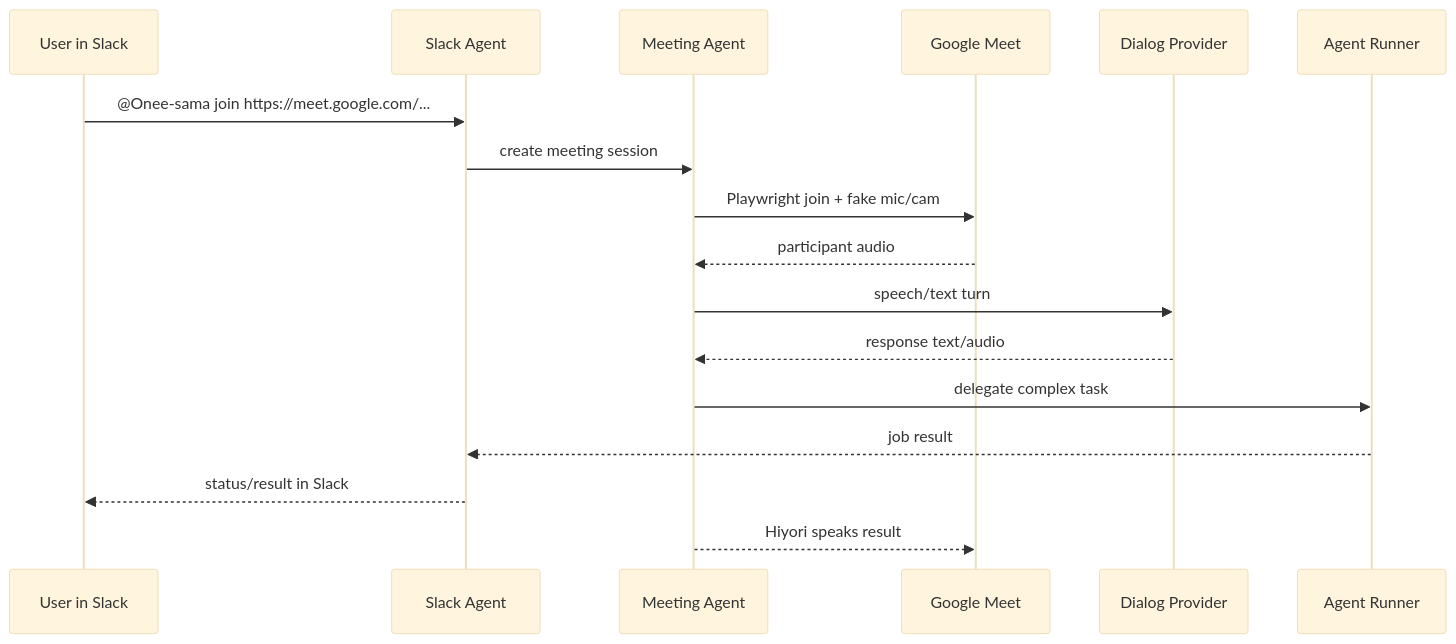
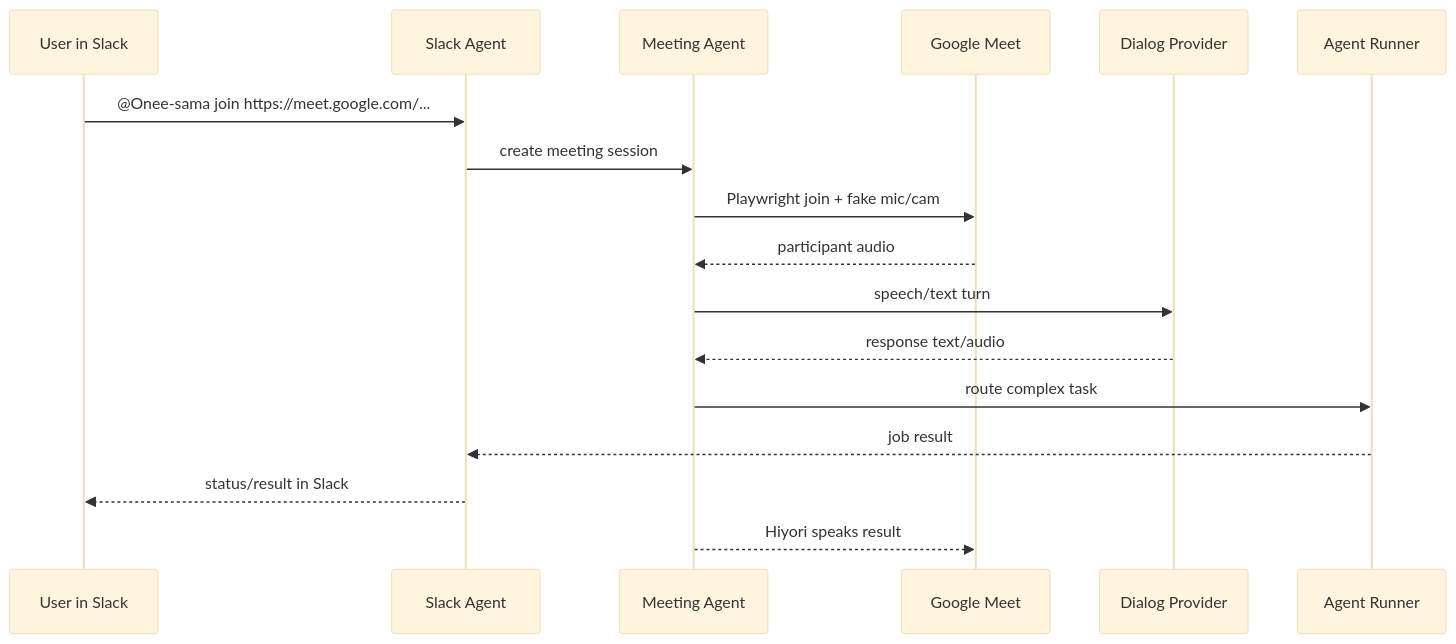
Before and after one commit to AFK-surf/oneesama: the diagram in README.md, drawn with Mermaid (base theme). The commit also changed other lines of this file and 30 other files, not shown here.

````diff
--- a/README.md
+++ b/README.md
@@ -14,20 +14,20 @@
 ```mermaid
 sequenceDiagram
   participant U as User in Slack
   participant S as Slack Agent
   participant M as Meeting Agent
   participant G as Google Meet
   participant P as Dialog Provider
   participant W as Agent Runner
 
   U->>S: @Onee-sama join https://meet.google.com/...
   S->>M: create meeting session
   M->>G: Playwright join + fake mic/cam
   G-->>M: participant audio
   M->>P: speech/text turn
   P-->>M: response text/audio
-  M->>W: delegate complex task
+  M->>W: route complex task
   W-->>S: job result
   S-->>U: status/result in Slack
   M-->>G: Hiyori speaks result
 ```
````
